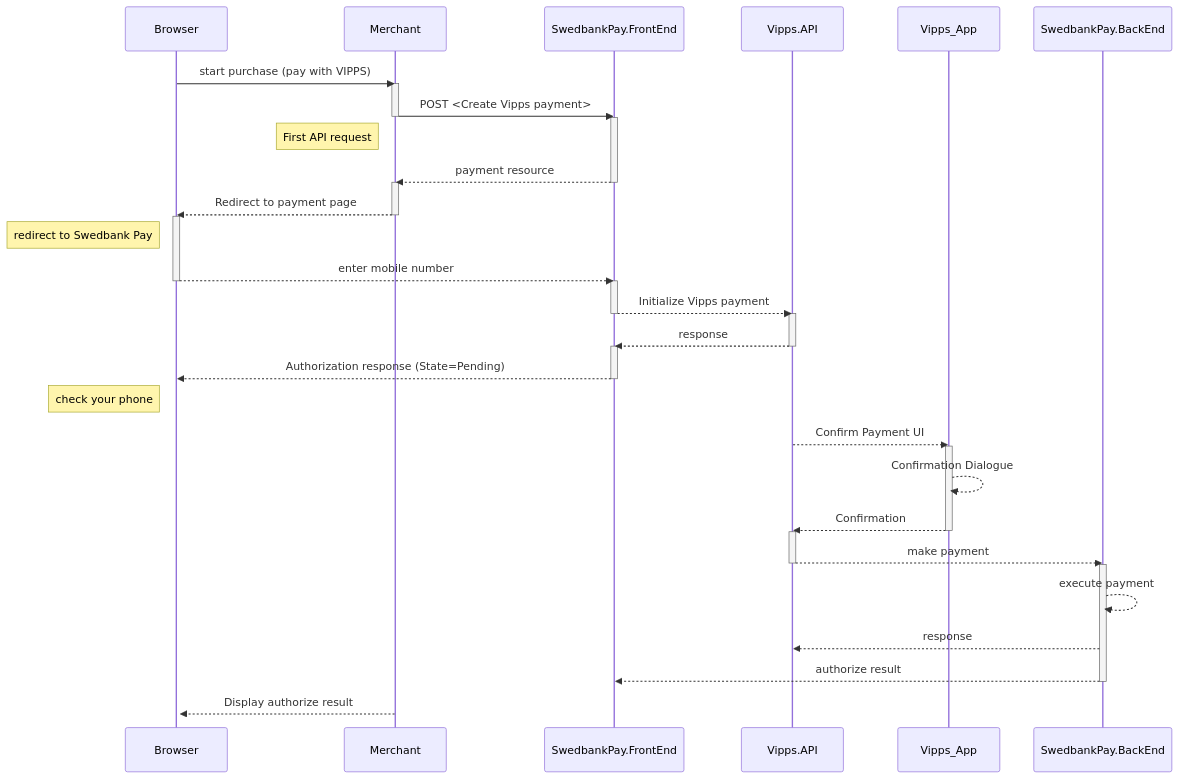
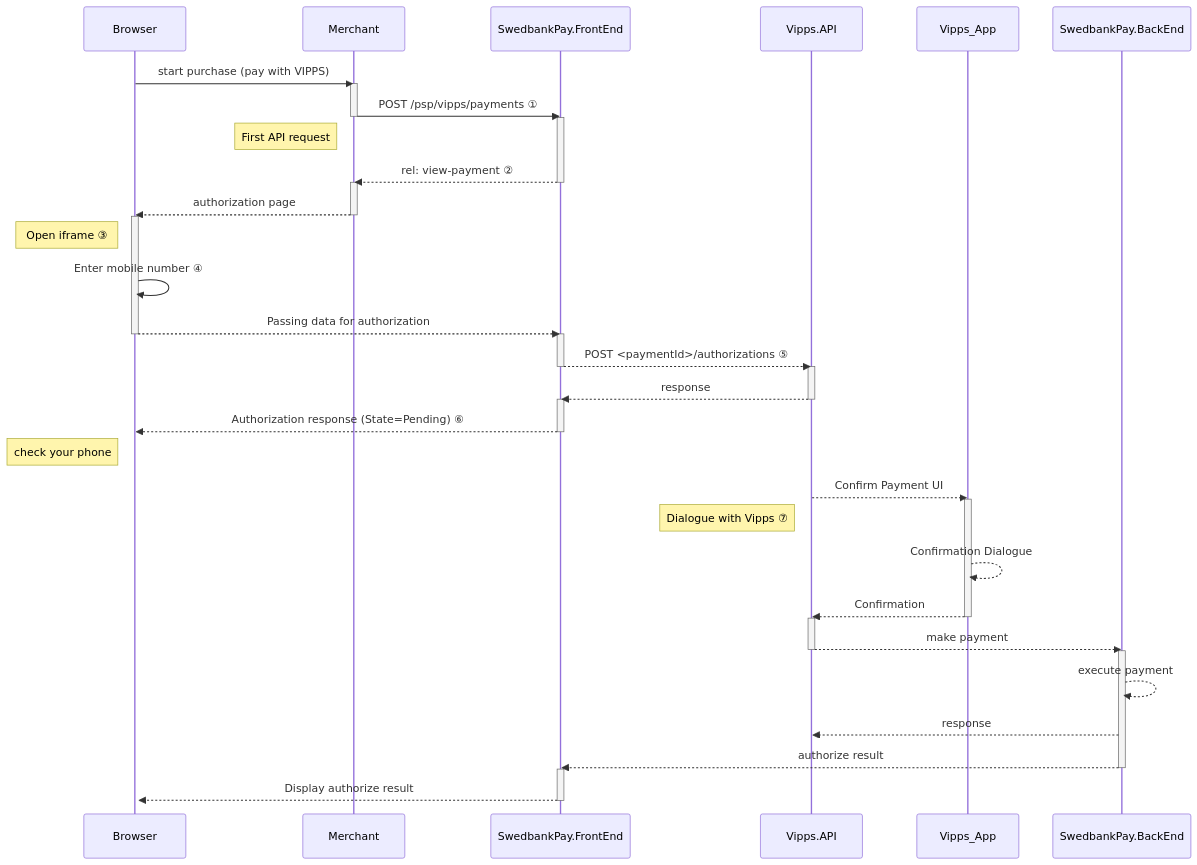
One commit to SwedbankPay/developer.swedbankpay.com changed the diagram in payments/vipps/seamless-view.md. Above: the diagram before and after it, drawn with Mermaid. The commit also changed other lines of this file, not shown here.

Commit message:
DX Updated sequence diagram and added explainations. Added authorization transactions.

````diff
--- a/payments/vipps/seamless-view.md
+++ b/payments/vipps/seamless-view.md
@@ -54,35 +39,38 @@
 ```mermaid
 sequenceDiagram
     Browser->>Merchant: start purchase (pay with VIPPS)
     activate Merchant
-    Merchant->>-SwedbankPay.FrontEnd: POST <Create  Vipps payment>
+    Merchant->>-SwedbankPay.FrontEnd: POST /psp/vipps/payments ①
     activate SwedbankPay.FrontEnd
     note left of Merchant: First API request
-    SwedbankPay.FrontEnd-->>-Merchant: payment resource
+    SwedbankPay.FrontEnd-->>-Merchant: rel: view-payment ②
     activate Merchant
-    Merchant-->>-Browser: Redirect to payment page
+    Merchant-->>-Browser: authorization page
     activate Browser
-    note left of Browser:redirect to Swedbank Pay
-    Browser-->>-SwedbankPay.FrontEnd: enter mobile number
+    note left of Browser: Open iframe ③
+    Browser->>Browser: Enter mobile number ④
+    Browser-->>-SwedbankPay.FrontEnd: Passing data for authorization
     activate SwedbankPay.FrontEnd
 
-    SwedbankPay.FrontEnd-->>-Vipps.API: Initialize Vipps payment
+    SwedbankPay.FrontEnd-->>-Vipps.API: POST <paymentId>/authorizations ⑤
     activate Vipps.API
     Vipps.API-->>-SwedbankPay.FrontEnd: response
     activate SwedbankPay.FrontEnd
-    SwedbankPay.FrontEnd-->>-Browser: Authorization response (State=Pending)
+    SwedbankPay.FrontEnd-->>-Browser: Authorization response (State=Pending) ⑥
     activate Browser
     note left of Browser: check your phone
 
     Vipps.API-->>Vipps_App: Confirm Payment UI
     activate Vipps_App
+    note left of Vipps.API: Dialogue with Vipps ⑦
     Vipps_App-->>Vipps_App: Confirmation Dialogue
     Vipps_App-->>-Vipps.API: Confirmation
     activate Vipps.API
     Vipps.API-->>-SwedbankPay.BackEnd: make payment
     activate SwedbankPay.BackEnd
     SwedbankPay.BackEnd-->>SwedbankPay.BackEnd: execute payment
     SwedbankPay.BackEnd-->>Vipps.API: response
     SwedbankPay.BackEnd-->>-SwedbankPay.FrontEnd: authorize result
-    Merchant-->>Browser: Display authorize result
+    activate SwedbankPay.FrontEnd
+    SwedbankPay.FrontEnd-->>-Browser: Display authorize result
 ```
````
